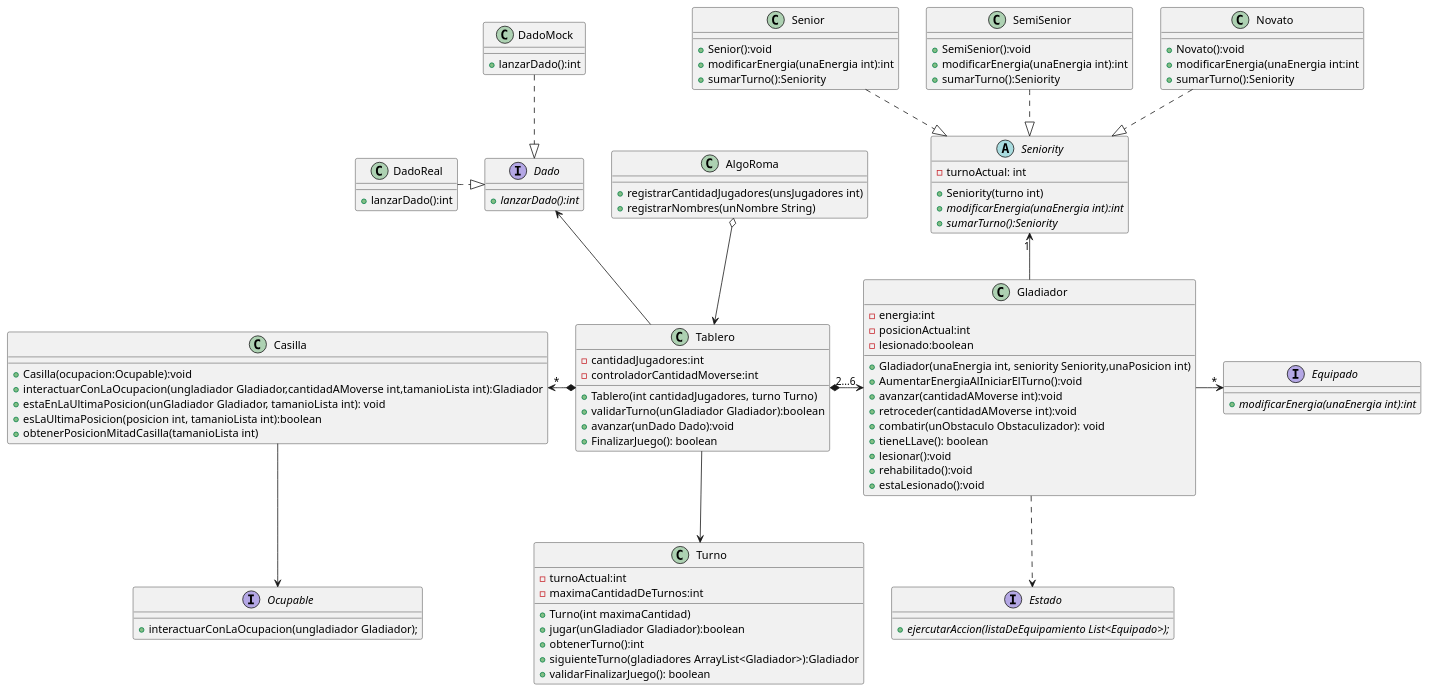
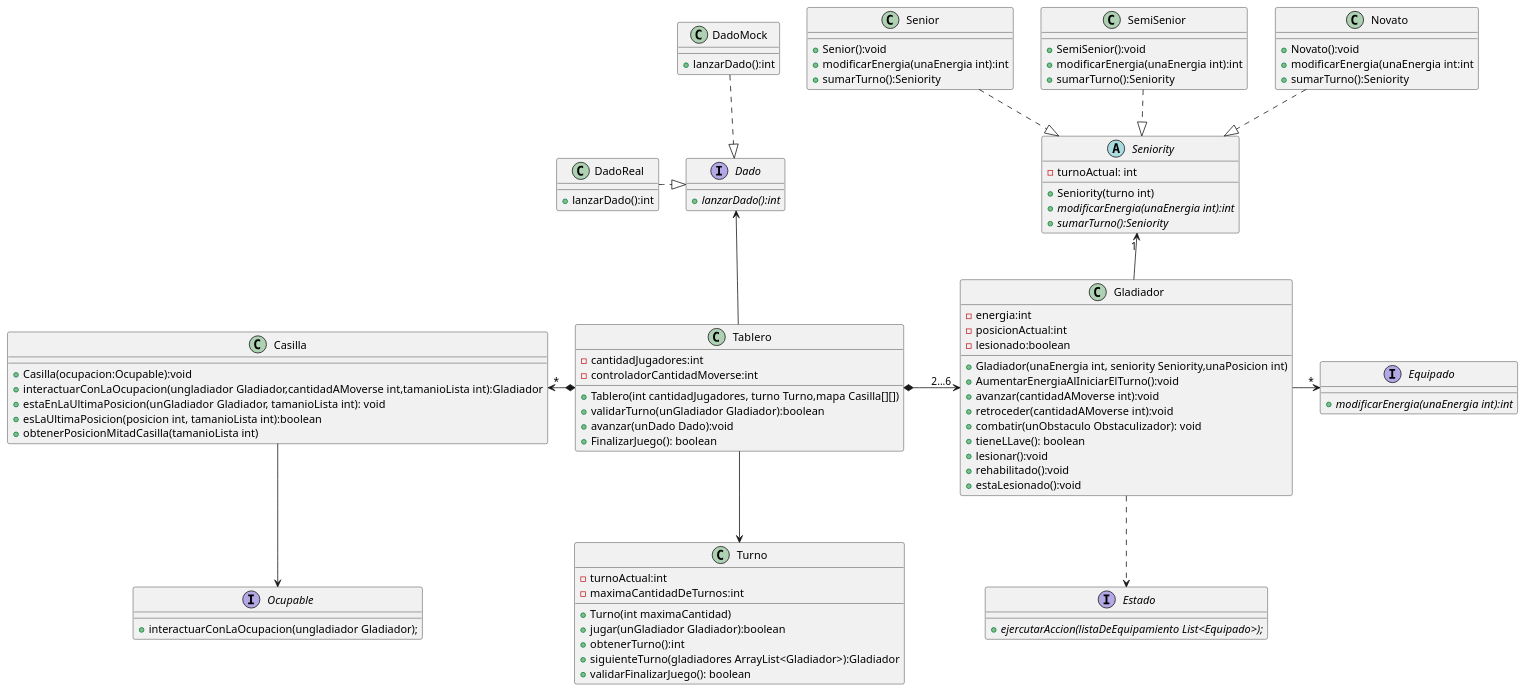
One commit to GiaWong/Algo3_TP2_2C2023 changed the diagram in diagrams/classes/Modelo_V1/MitadDelUml2De2.puml. Above: the diagram before and after it, drawn with PlantUML. The commit also changed 2 other files, not shown here.

```diff
--- a/diagrams/classes/Modelo_V1/MitadDelUml2De2.puml
+++ b/diagrams/classes/Modelo_V1/MitadDelUml2De2.puml
@@ -1,131 +1,118 @@
 @startuml
-
-
-class   AlgoRoma{
-    +registrarCantidadJugadores(unsJugadores int)
-    +registrarNombres(unNombre String)
-}
-
-
 class Gladiador{
     -energia:int
     -posicionActual:int
     -lesionado:boolean
     +Gladiador(unaEnergia int, seniority Seniority,unaPosicion int)
     +AumentarEnergiaAlIniciarElTurno():void
     +avanzar(cantidadAMoverse int):void
     +retroceder(cantidadAMoverse int):void
     +combatir(unObstaculo Obstaculizador): void
     +tieneLLave(): boolean
     +lesionar():void
     +rehabilitado():void
     +estaLesionado():void
 }
 
 
 interface Estado{
     {abstract}+ejercutarAccion(listaDeEquipamiento List<Equipado>);
 }
 
 
 class Tablero{
     -cantidadJugadores:int
     -controladorCantidadMoverse:int
-    +Tablero(int cantidadJugadores, turno Turno)
+    +Tablero(int cantidadJugadores, turno Turno,mapa Casilla[][])
     +validarTurno(unGladiador Gladiador):boolean
     +avanzar(unDado Dado):void
     +FinalizarJuego(): boolean
 }
 
 class Turno {
     -turnoActual:int
     -maximaCantidadDeTurnos:int
     +Turno(int maximaCantidad)
     +jugar(unGladiador Gladiador):boolean
     +obtenerTurno():int
     +siguienteTurno(gladiadores ArrayList<Gladiador>):Gladiador
     +validarFinalizarJuego(): boolean
     }
 
 
 class Casilla{
     +Casilla(ocupacion:Ocupable):void
     +interactuarConLaOcupacion(ungladiador Gladiador,cantidadAMoverse int,tamanioLista int):Gladiador
     +estaEnLaUltimaPosicion(unGladiador Gladiador, tamanioLista int): void
     +esLaUltimaPosicion(posicion int, tamanioLista int):boolean
     +obtenerPosicionMitadCasilla(tamanioLista int)
 }
 
 
 interface Dado{
     +{abstract}lanzarDado():int
 }
 
 class DadoMock{
     +lanzarDado():int
 }
 
 class DadoReal{
     +lanzarDado():int
 }
 
 abstract class Seniority{
     -turnoActual: int
     +Seniority(turno int)
     +{abstract}modificarEnergia(unaEnergia int):int
     +{abstract}sumarTurno():Seniority
 }
 class Novato{
     +Novato():void
     +modificarEnergia(unaEnergia int:int
     +sumarTurno():Seniority
 }
 class SemiSenior{
     +SemiSenior():void
     +modificarEnergia(unaEnergia int):int
     +sumarTurno():Seniority
 }
 
 class Senior{
     +Senior():void
     +modificarEnergia(unaEnergia int):int
     +sumarTurno():Seniority
 }
 
 interface Equipado{
     +{abstract}modificarEnergia(unaEnergia int):int
 }
 
 interface Ocupable{
      +interactuarConLaOcupacion(ungladiador Gladiador);
    }
 
 
-
-
-AlgoRoma o--> Tablero
-
-
 Tablero *-left->"*"Casilla
 Tablero *-right->"2...6 "Gladiador
 Tablero -up-> Dado
 Tablero --> Turno
 
 
-    Casilla --> Ocupable
+Casilla --> Ocupable
 
 
 Dado <|.up. DadoMock
 Dado <|.left. DadoReal
 
 
 Seniority <|.up. Novato
 Seniority <|.up. SemiSenior
 Seniority <|.up. Senior
 
 Gladiador ..> Estado
 Gladiador -> "*"Equipado
 Gladiador -up-> "1"Seniority
 
 
 @enduml
```
